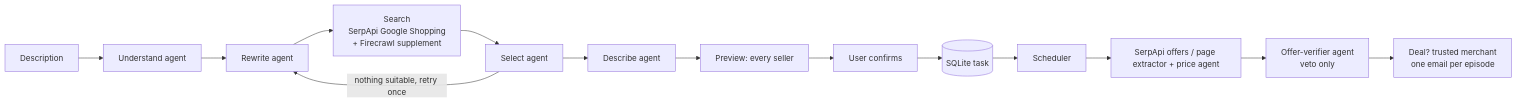
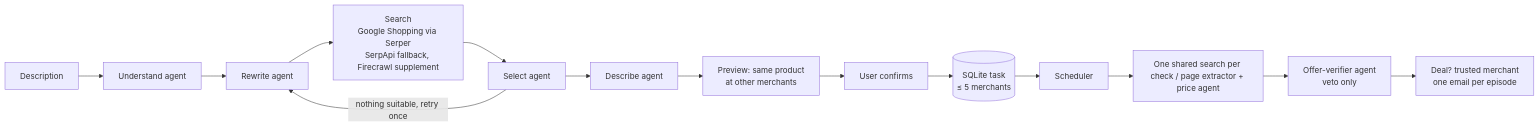
Before and after one commit to zhangfw0516-oss/bargain-agent: the diagram in README.md, drawn with Mermaid. The commit also changed other lines of this file and 10 other files, not shown here.

````diff
--- a/README.md
+++ b/README.md
@@ -17,9 +17,9 @@
 ```mermaid
 flowchart LR
-    D[Description] --> U[Understand agent] --> R[Rewrite agent] --> S[Search<br/>SerpApi Google Shopping<br/>+ Firecrawl supplement]
+    D[Description] --> U[Understand agent] --> R[Rewrite agent] --> S[Search<br/>Google Shopping via Serper<br/>SerpApi fallback, Firecrawl supplement]
     S --> Sel[Select agent] -->|nothing suitable, retry once| R
-    Sel --> Desc[Describe agent] --> P[Preview: every seller] --> C[User confirms]
-    C --> T[(SQLite task)]
-    T --> M[Scheduler] --> O[SerpApi offers / page extractor + price agent]
+    Sel --> Desc[Describe agent] --> P[Preview: same product<br/>at other merchants] --> C[User confirms]
+    C --> T[(SQLite task<br/>≤ 5 merchants)]
+    T --> M[Scheduler] --> O[One shared search per check / page extractor + price agent]
     O --> V[Offer-verifier agent<br/>veto only] --> N[Deal? trusted merchant<br/>one email per episode]
 ```
````
